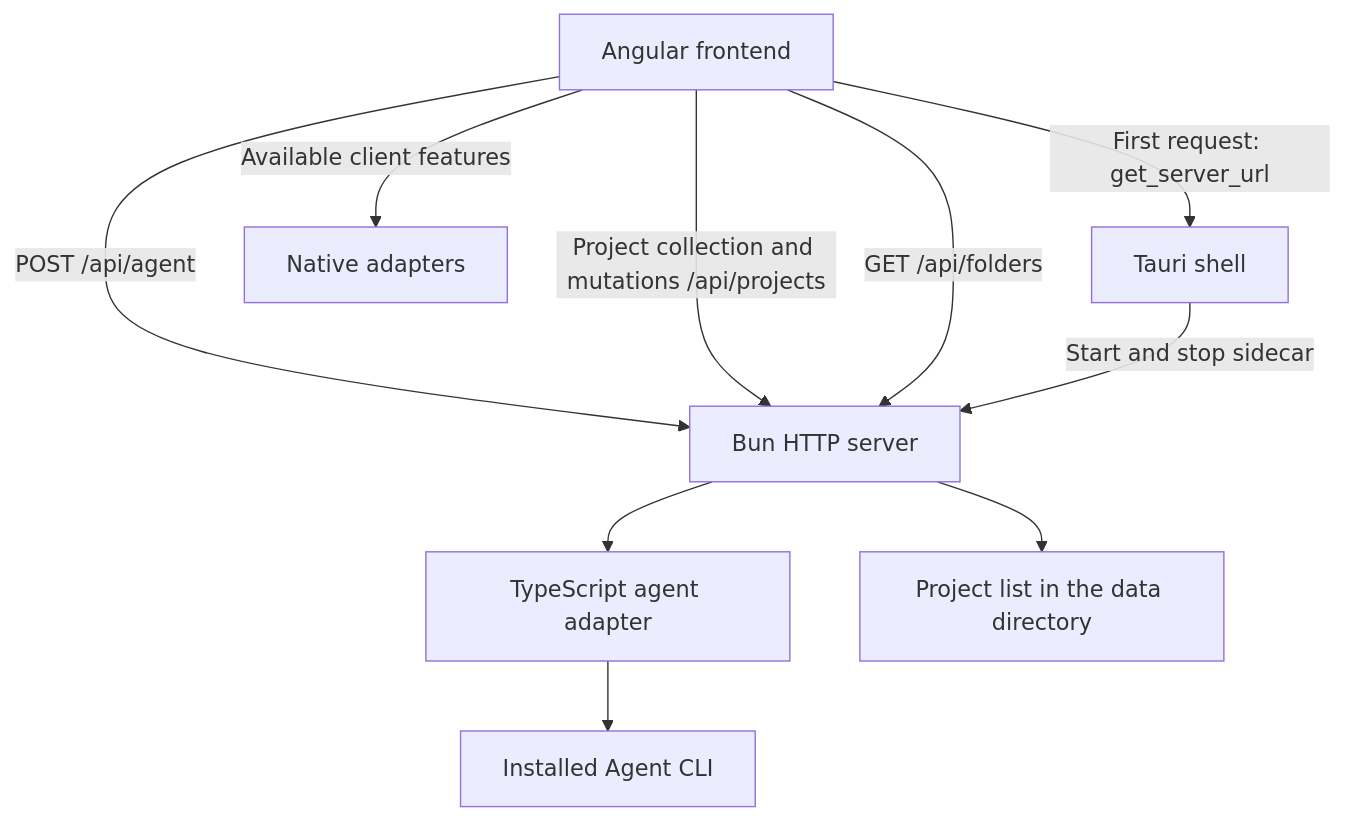
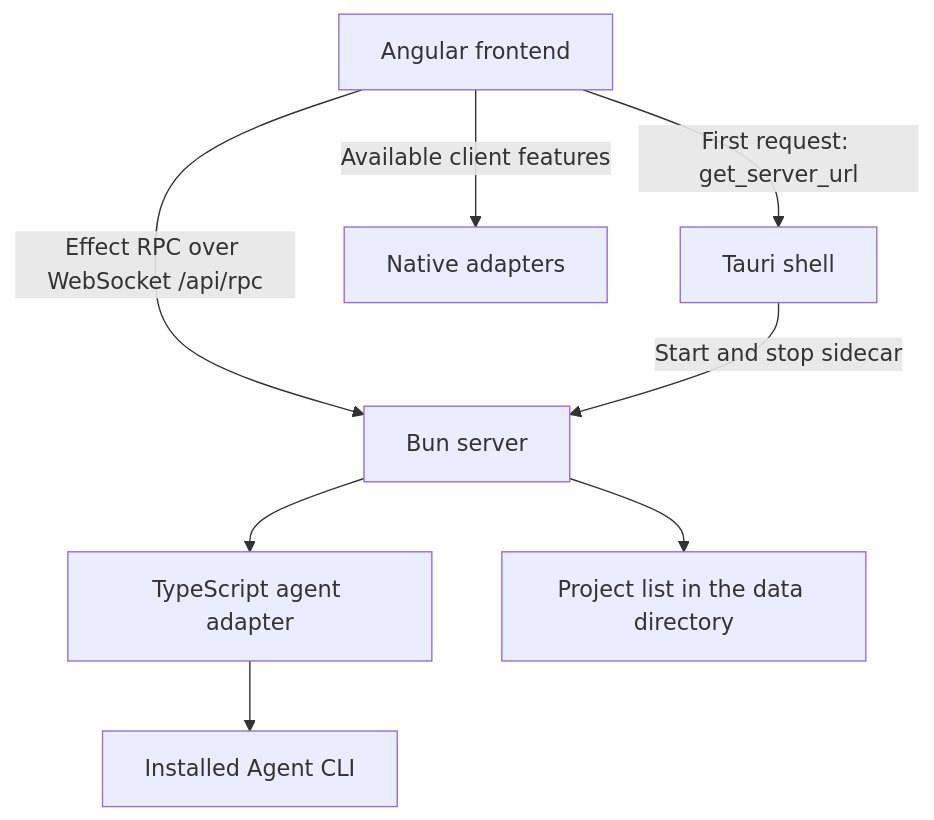
The diagram in docs/internals/architecture.md (FreakeyPlays/eitri), drawn with Mermaid before and after one commit. The commit also changed other lines of this file and 58 other files, not shown here.

````diff
--- a/docs/internals/architecture.md
+++ b/docs/internals/architecture.md
@@ -52,12 +54,10 @@
 ```mermaid
 flowchart TB
-    UI[Angular frontend] -->|POST /api/agent| H[Bun HTTP server]
-    UI -->|Project collection and mutations /api/projects| H
-    UI -->|GET /api/folders| H
+    UI[Angular frontend] -->|Effect RPC over WebSocket /api/rpc| H[Bun server]
     H --> S[TypeScript agent adapter]
     H --> P[Project list in the data directory]
     S --> C[Installed Agent CLI]
     UI -->|First request: get_server_url| T[Tauri shell]
     T -->|Start and stop sidecar| H
     UI -->|Available client features| N[Native adapters]
 ```
````
